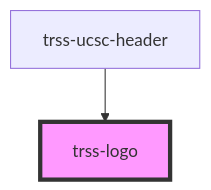
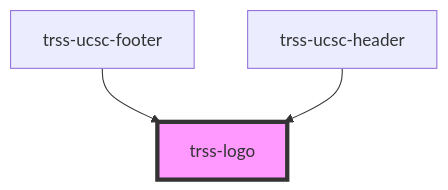
The diagram in src/components/trss-logo/readme.md (ucsc/truss), drawn with Mermaid before and after one commit. The commit also changed other lines of this file and 4 other files, not shown here.

Commit message:
feat(Component): 🚀 trss-ucsc-footer is now in beta

````diff
--- a/src/components/trss-logo/readme.md
+++ b/src/components/trss-logo/readme.md
@@ -23,5 +24,6 @@
 ```mermaid
 graph TD;
+  trss-ucsc-footer --> trss-logo
   trss-ucsc-header --> trss-logo
   style trss-logo fill:#f9f,stroke:#333,stroke-width:4px
 ```
````
